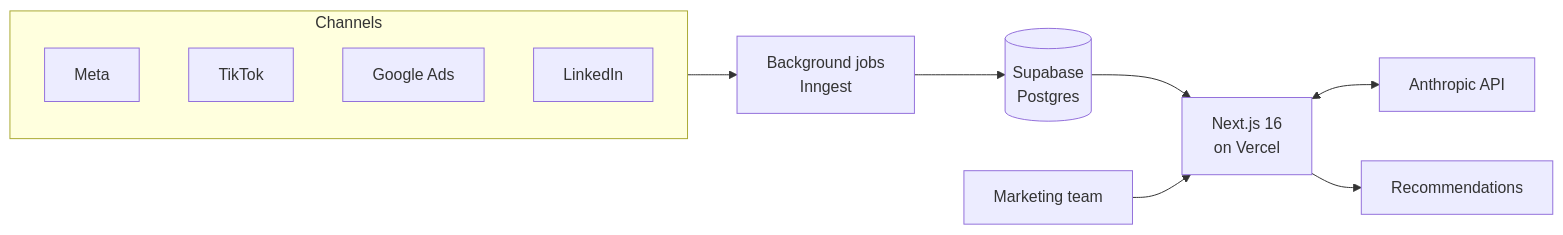
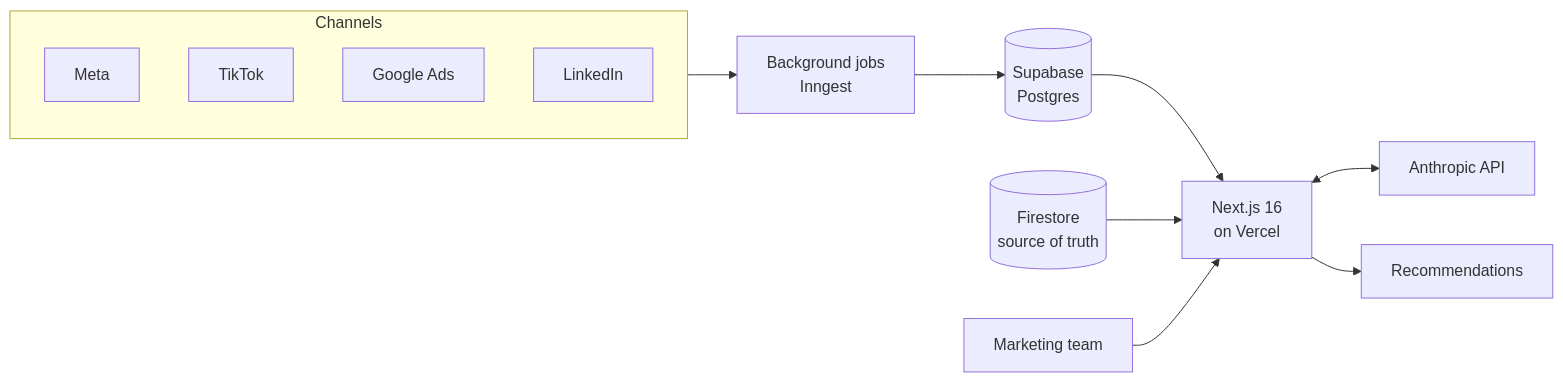
The diagram in README.md (johanmatsgard/apollo-case-study), drawn with Mermaid before and after one commit. The commit also changed other lines of this file, not shown here.

````diff
--- a/README.md
+++ b/README.md
@@ -20,15 +20,16 @@
 ```mermaid
 flowchart LR
   subgraph Channels
     M[Meta]
     T[TikTok]
     G[Google Ads]
     L[LinkedIn]
   end
   Channels --> J[Background jobs<br/>Inngest]
   J --> DB[(Supabase<br/>Postgres)]
   DB --> APP[Next.js 16<br/>on Vercel]
+  FS[(Firestore<br/>source of truth)] --> APP
   APP <--> AI[Anthropic API]
   APP --> R[Recommendations]
   CREW[Marketing team] --> APP
 ```
````
